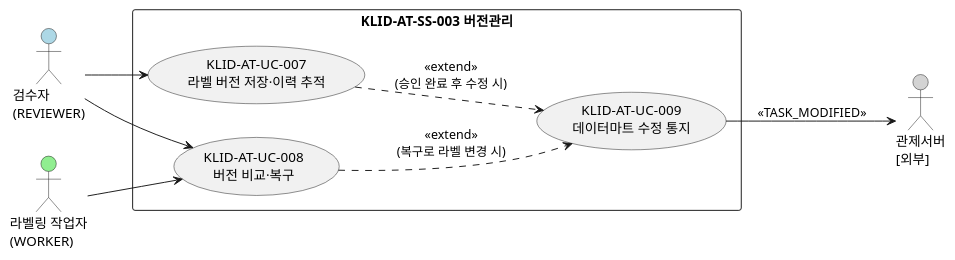
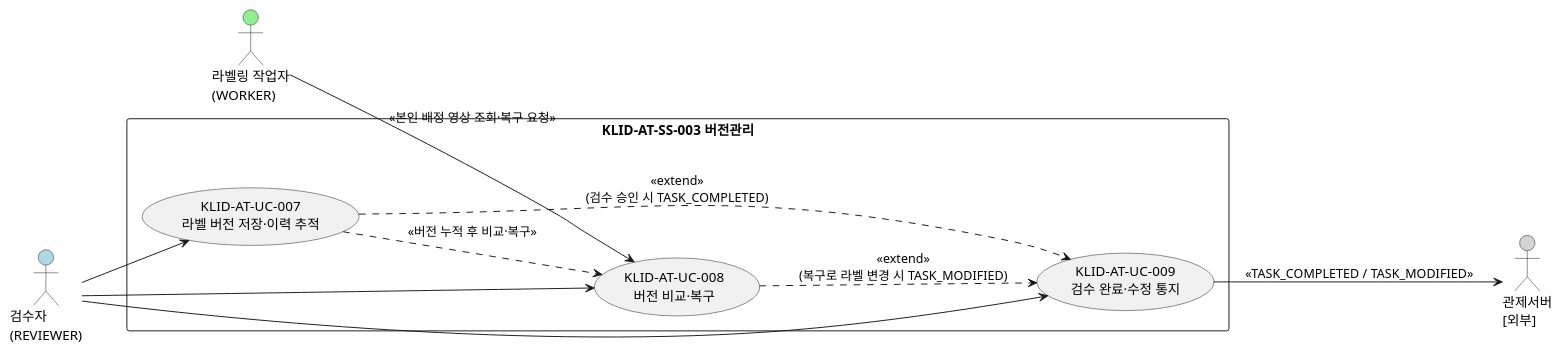
The third of 4 diagrams in docs/design/R2-유스케이스명세서.md (New-stella/klid-label), drawn with PlantUML before and after one commit. The commit also changed other lines of this file, not shown here.

First line of the commit message:
docs(usecase): R2 유스케이스 명세서를 R1 제출본 항목 기준으로 재정리

````diff
--- a/docs/design/R2-유스케이스명세서.md
+++ b/docs/design/R2-유스케이스명세서.md
@@ -117,23 +123,25 @@
 ```plantuml
 @startuml KLID-AT-UCD-003
 left to right direction
 skinparam packageStyle rectangle
 
 actor "검수자\n(REVIEWER)" as REVIEWER #LightBlue
 actor "라벨링 작업자\n(WORKER)" as WORKER #LightGreen
 actor "관제서버\n[외부]" as CTRL #LightGray
 
 rectangle "KLID-AT-SS-003 버전관리" {
   usecase "KLID-AT-UC-007\n라벨 버전 저장·이력 추적" as UC007
   usecase "KLID-AT-UC-008\n버전 비교·복구" as UC008
-  usecase "KLID-AT-UC-009\n데이터마트 수정 통지" as UC009
+  usecase "KLID-AT-UC-009\n검수 완료·수정 통지" as UC009
 }
 
 REVIEWER --> UC007
 REVIEWER --> UC008
-WORKER --> UC008
-UC007 ..> UC009 : <<extend>>\n(승인 완료 후 수정 시)
-UC008 ..> UC009 : <<extend>>\n(복구로 라벨 변경 시)
-UC009 --> CTRL : <<TASK_MODIFIED>>
+REVIEWER --> UC009
+WORKER --> UC008 : <<본인 배정 영상 조회·복구 요청>>
+UC007 ..> UC008 : <<버전 누적 후 비교·복구>>
+UC007 ..> UC009 : <<extend>>\n(검수 승인 시 TASK_COMPLETED)
+UC008 ..> UC009 : <<extend>>\n(복구로 라벨 변경 시 TASK_MODIFIED)
+UC009 --> CTRL : <<TASK_COMPLETED / TASK_MODIFIED>>
 @enduml
 ```
````
